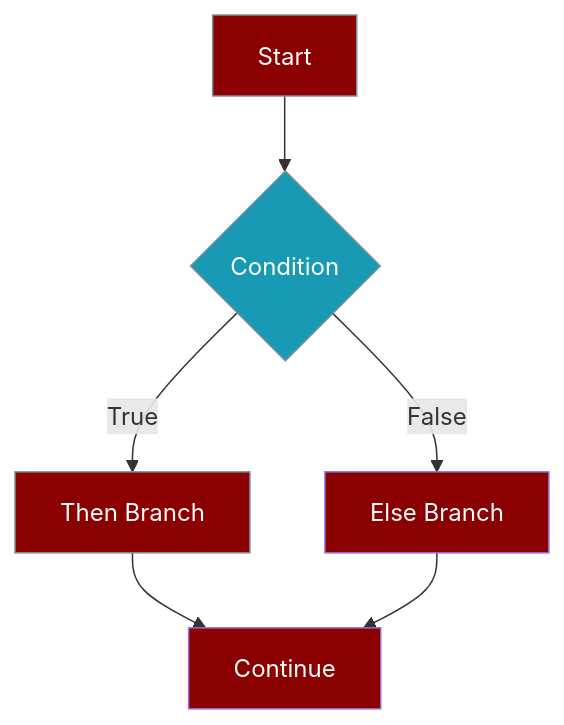
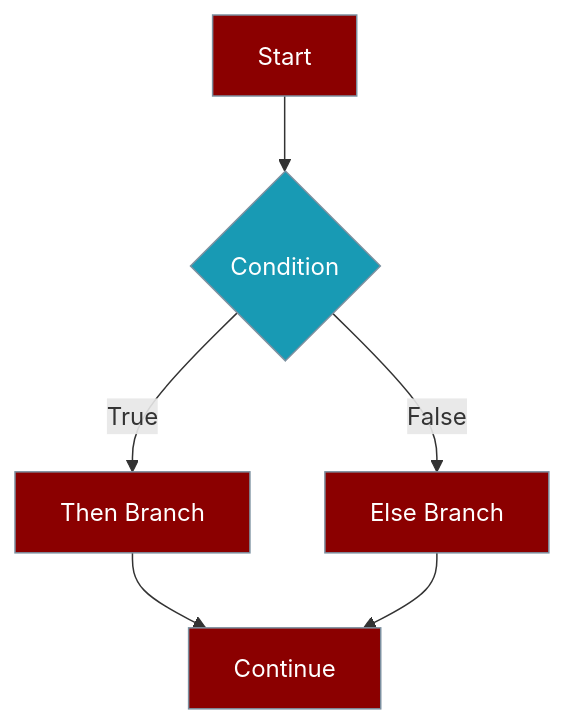
Before and after one commit to MervinPraison/PraisonAIDocs: the first of 3 diagrams in docs/features/conditional-branching.mdx, drawn with Mermaid. The commit also changed other lines of this file and 10 other files, not shown here.

First line of the commit message:
fix: align Mermaid classDef stroke and palette in batch-1 features

````diff
--- a/docs/features/conditional-branching.mdx
+++ b/docs/features/conditional-branching.mdx
@@ -10,19 +10,14 @@
 ```mermaid
 flowchart TD
     A[Start] --> B{Condition}
     B -->|True| C[Then Branch]
     B -->|False| D[Else Branch]
     C --> E[Continue]
     D --> E
     
-    style A fill:#8B0000,color:#fff
-    style B fill:#189AB4,color:#fff
-    style C fill:#8B0000,color:#fff
-    style D fill:#8B0000,color:#fff
-    style E fill:#8B0000,color:#fff
     classDef agent fill:#8B0000,stroke:#7C90A0,color:#fff
-    classDef tool fill:#189AB4,stroke:#7C90A0,color:#fff
-    class A,B agent
-    class C tool
+    classDef condition fill:#189AB4,stroke:#7C90A0,color:#fff
+    class A,C,D,E agent
+    class B condition
 
 ```
````
